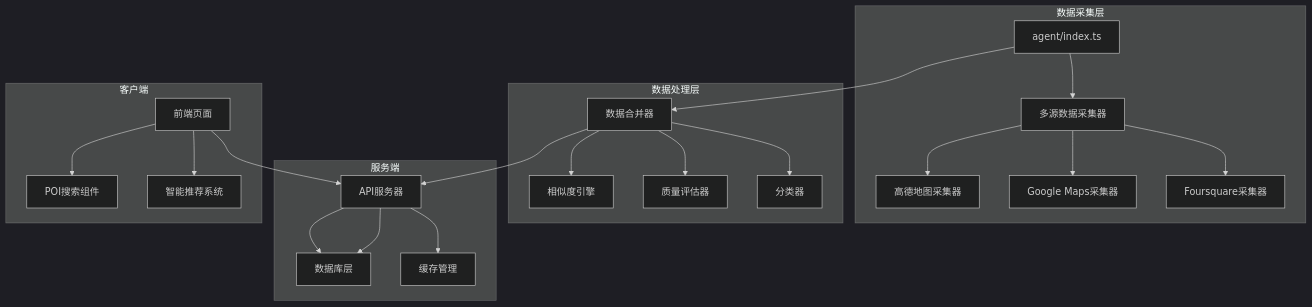
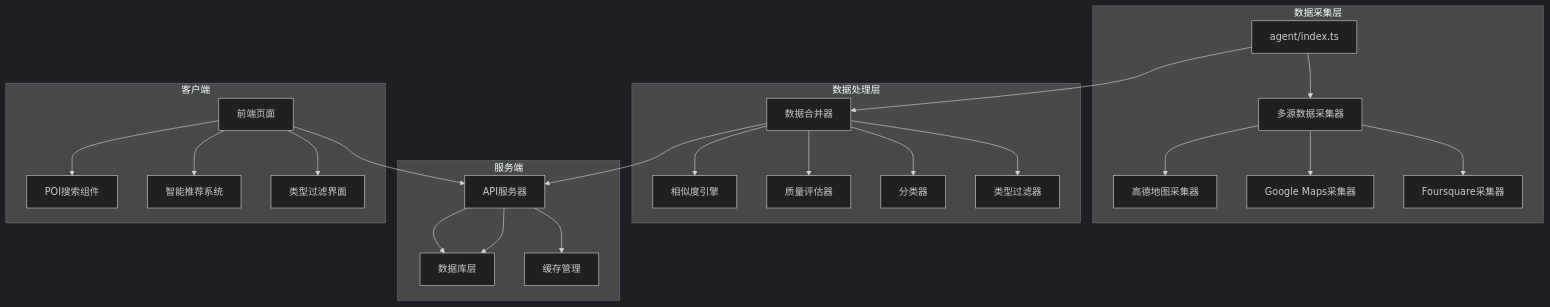
The first of 15 diagrams in .qoder/repowiki/zh/content/项目概述/核心功能特性/POI搜索与推荐系统.md (ititjjy/AITrip-plan), drawn with Mermaid (dark theme) before and after one commit. The commit also changed other lines of this file and 144 other files, not shown here.

````diff
--- a/.qoder/repowiki/zh/content/项目概述/核心功能特性/POI搜索与推荐系统.md
+++ b/.qoder/repowiki/zh/content/项目概述/核心功能特性/POI搜索与推荐系统.md
@@ -44,26 +63,28 @@
 ```mermaid
 graph TB
 subgraph "数据采集层"
 A[agent/index.ts] --> B[多源数据采集器]
 B --> C[高德地图采集器]
 B --> D[Google Maps采集器]
 B --> E[Foursquare采集器]
 end
 subgraph "数据处理层"
 F[数据合并器] --> G[相似度引擎]
 F --> H[质量评估器]
 F --> I[分类器]
+F --> J[类型过滤器]
 end
 subgraph "服务端"
-J[API服务器] --> K[数据库层]
-J --> L[缓存管理]
+K[API服务器] --> L[数据库层]
+K --> M[缓存管理]
 end
 subgraph "客户端"
-M[前端页面] --> N[POI搜索组件]
-M --> O[智能推荐系统]
+N[前端页面] --> O[POI搜索组件]
+N --> P[智能推荐系统]
+N --> Q[类型过滤界面]
 end
 A --> F
-F --> J
-J --> K
-M --> J
+F --> K
+K --> L
+N --> K
 ```
````
